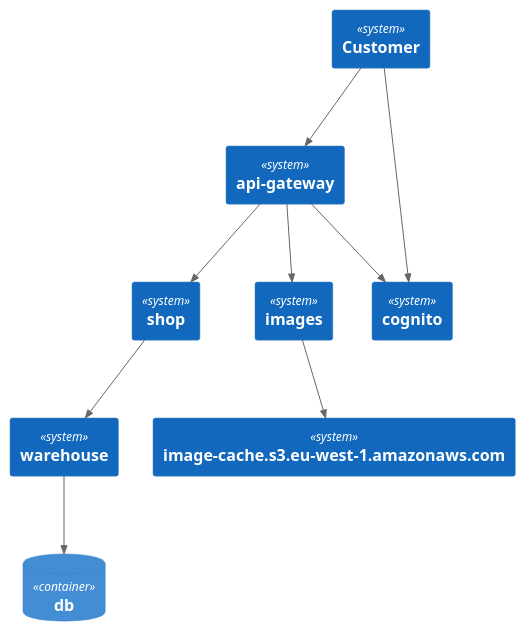
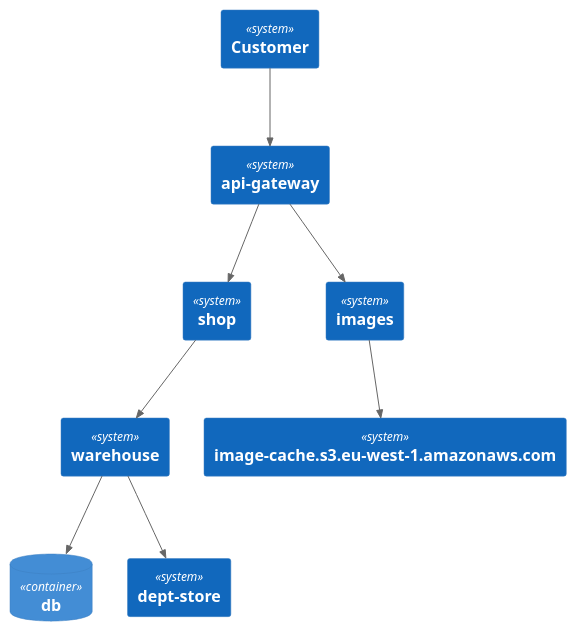
Before and after one commit to http4k/exploring-the-testing-hyperpyramid: the diagram in .presentation/.generated/FailingTest - can load stock list and order item - Interactions.puml, drawn with PlantUML. The commit also changed 3 other files, not shown here.

Commit message:
update diagrams for failing test

```diff
--- a/.presentation/.generated/FailingTest - can load stock list and order item - Interactions.puml
+++ b/.presentation/.generated/FailingTest - can load stock list and order item - Interactions.puml
@@ -1,22 +1,20 @@
 @startuml
-
 !include https://raw.githubusercontent.com/plantuml-stdlib/C4-PlantUML/master/C4_Container.puml
 
 
-System(WebsiteUser, "Customer")
+System(Customer, "Customer")
 System(apigateway, "api-gateway")
 System(shop, "shop")
 System(warehouse, "warehouse")
 System(images, "images")
-System(cognito, "cognito")
 ContainerDb(db, "db")
-System(imagecaches3euwest1amazonawscom, "image-cache.s3.eu-west-1.amazonaws.com")    
-Rel_D(WebsiteUser, apigateway, " ") 
-Rel_D(WebsiteUser, cognito, " ") 
-Rel_D(apigateway, cognito, " ") 
-Rel_D(apigateway, shop, " ") 
-Rel_D(shop, warehouse, " ") 
-Rel_D(warehouse, db, " ") 
-Rel_D(apigateway, images, " ") 
-Rel_D(images, imagecaches3euwest1amazonawscom, " ")     
+System(imagecaches3euwest1amazonawscom, "image-cache.s3.eu-west-1.amazonaws.com")
+System(deptstore, "dept-store")
+Rel_D(Customer, apigateway, " ")
+Rel_D(apigateway, shop, " ")
+Rel_D(shop, warehouse, " ")
+Rel_D(warehouse, db, " ")
+Rel_D(apigateway, images, " ")
+Rel_D(images, imagecaches3euwest1amazonawscom, " ")
+Rel_D(warehouse, deptstore, " ")
 @enduml
```
